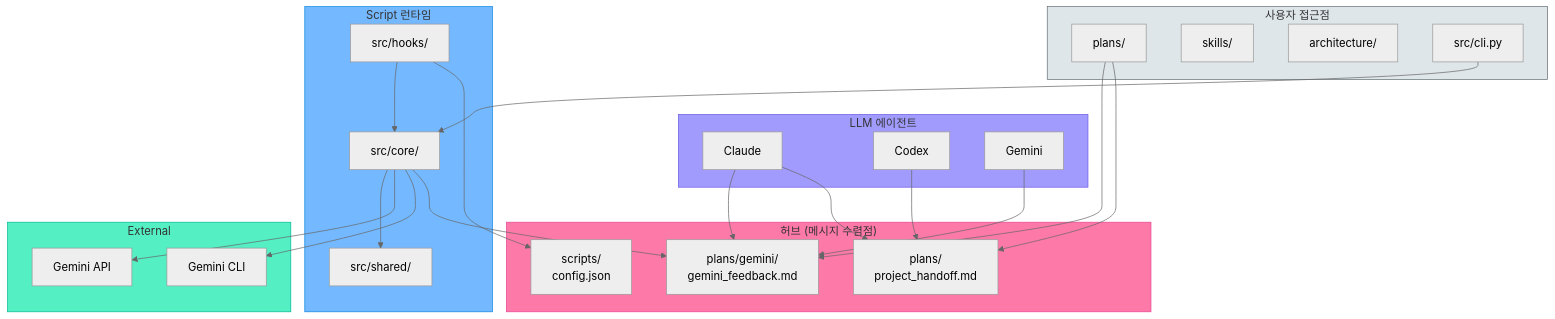
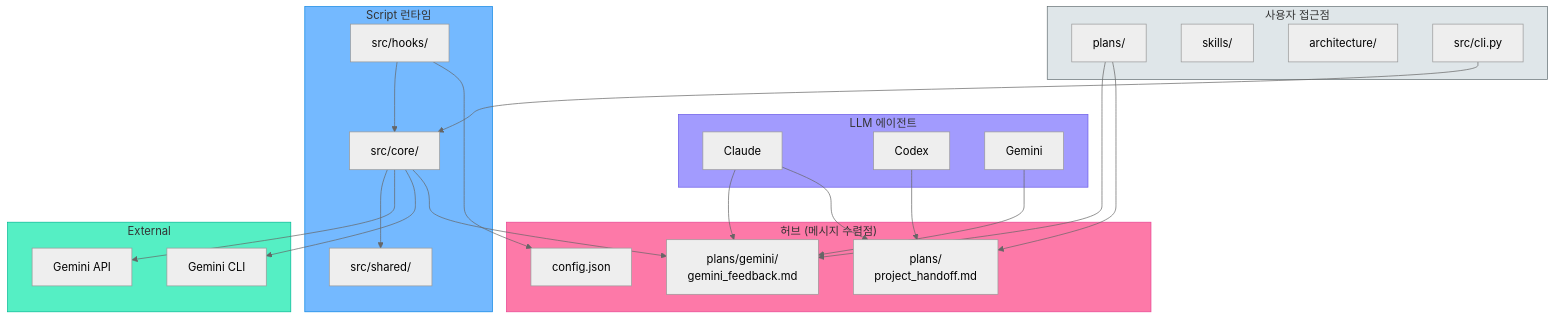
One commit to goodand/claude-gemini-communicator changed the second of 2 diagrams in architecture/04_new_architecture_analysis.md. Above: the diagram before and after it, drawn with Mermaid (neutral theme). The commit also changed other lines of this file and 20 other files, not shown here.

````diff
--- a/architecture/04_new_architecture_analysis.md
+++ b/architecture/04_new_architecture_analysis.md
@@ -152,54 +152,54 @@
 ```mermaid
 flowchart TB
     subgraph USER["사용자 접근점"]
         U_PLANS["plans/"]
         U_SKILLS["skills/"]
         U_ARCH["architecture/"]
         U_CLI["src/cli.py"]
     end
 
     subgraph LLM["LLM 에이전트"]
         CLAUDE["Claude"]
         CODEX["Codex"]
         GEMINI["Gemini"]
     end
 
     subgraph SCRIPT["Script 런타임"]
         HOOKS["src/hooks/"]
         CORE["src/core/"]
         SHARED["src/shared/"]
     end
 
     subgraph HUB["허브 (메시지 수렴점)"]
         FEEDBACK["plans/gemini/<br/>gemini_feedback.md"]
         HANDOFF["plans/<br/>project_handoff.md"]
-        CONFIG["scripts/<br/>config.json"]
+        CONFIG["config.json"]
     end
 
     subgraph EXT["External"]
         GAPI["Gemini API"]
         GCLI["Gemini CLI"]
     end
 
     %% User
     U_PLANS --> FEEDBACK & HANDOFF
     U_CLI --> CORE
 
     %% LLM reads/writes
     CLAUDE --> FEEDBACK
     CLAUDE --> HANDOFF
     CODEX --> HANDOFF
     GEMINI --> FEEDBACK
 
     %% Script runtime
     HOOKS --> CORE --> SHARED
     CORE --> GAPI & GCLI
     CORE --> FEEDBACK
     HOOKS --> CONFIG
 
     style USER fill:#dfe6e9,stroke:#636e72
     style LLM fill:#a29bfe,stroke:#6c5ce7
     style SCRIPT fill:#74b9ff,stroke:#0984e3
     style HUB fill:#fd79a8,stroke:#e84393
     style EXT fill:#55efc4,stroke:#00b894
 ```
````
